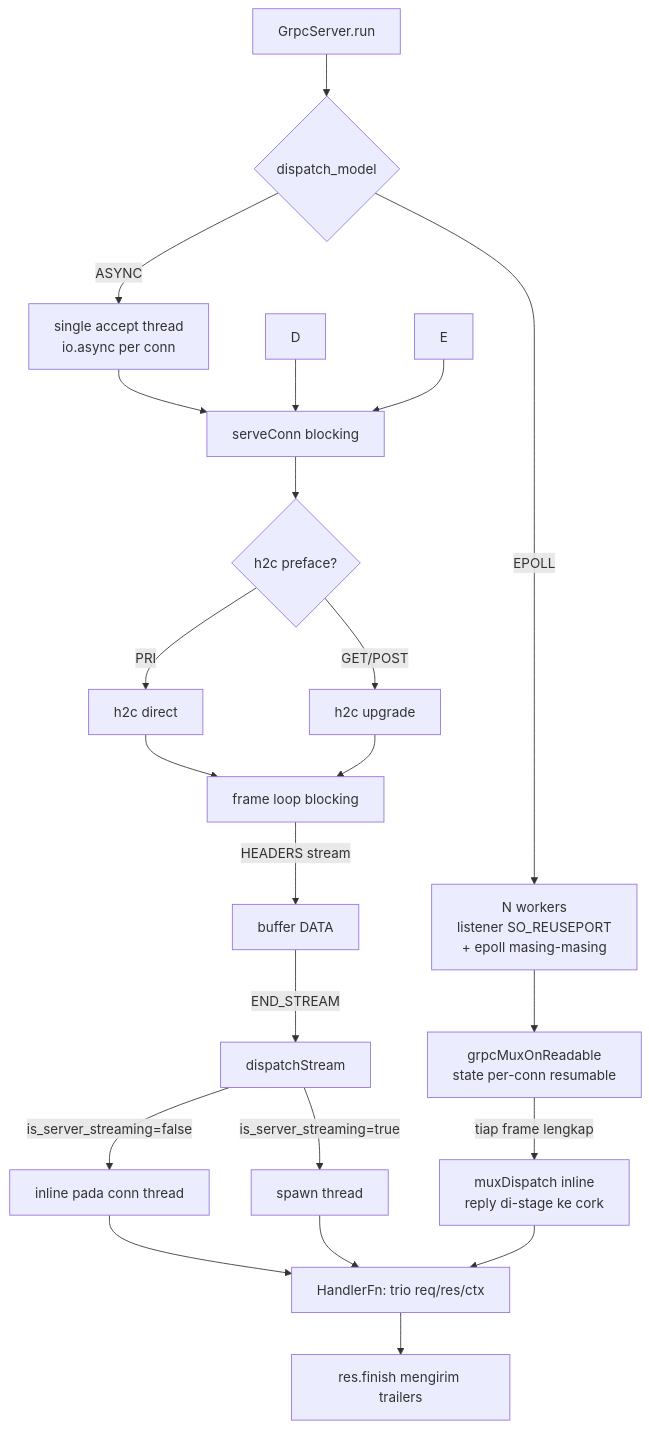
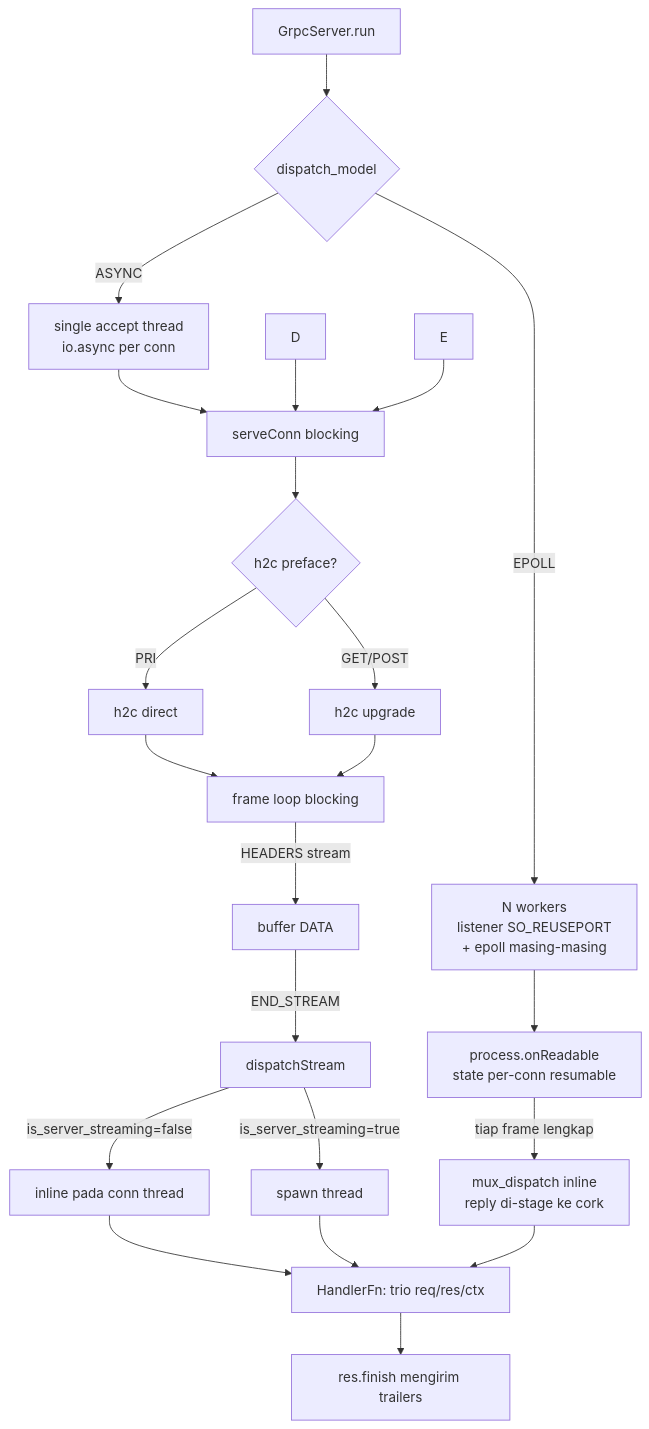
One commit to prothegee/zix changed the third of 4 diagrams in docs/hld-grpc-id.md. Above: the diagram before and after it, drawn with Mermaid. The commit also changed other lines of this file, not shown here.

Commit message:
update gRPC hld for the server and mux layout

````diff
--- a/docs/hld-grpc-id.md
+++ b/docs/hld-grpc-id.md
@@ -341,24 +345,24 @@
 ```mermaid
 flowchart TD
     A[GrpcServer.run] --> B{dispatch_model}
     B -->|ASYNC| C[single accept thread\nio.async per conn]
     B -->|EPOLL| EP[N workers\nlistener SO_REUSEPORT\n+ epoll masing-masing]
     C --> F[serveConn blocking]
     D --> F
     E --> F
-    EP --> MX[grpcMuxOnReadable\nstate per-conn resumable]
+    EP --> MX[process.onReadable\nstate per-conn resumable]
     F --> G{h2c preface?}
     G -->|PRI| H[h2c direct]
     G -->|GET/POST| I[h2c upgrade]
     H --> J[frame loop blocking]
     I --> J
     J -->|HEADERS stream| K[buffer DATA]
     K -->|END_STREAM| L[dispatchStream]
     L -->|is_server_streaming=false| LI[inline pada conn thread]
     L -->|is_server_streaming=true| LS[spawn thread]
     LI --> M[HandlerFn: trio req/res/ctx]
     LS --> M
-    MX -->|tiap frame lengkap| MI[muxDispatch inline\nreply di-stage ke cork]
+    MX -->|tiap frame lengkap| MI[mux_dispatch inline\nreply di-stage ke cork]
     MI --> M
     M --> N[res.finish mengirim trailers]
 ```
````
